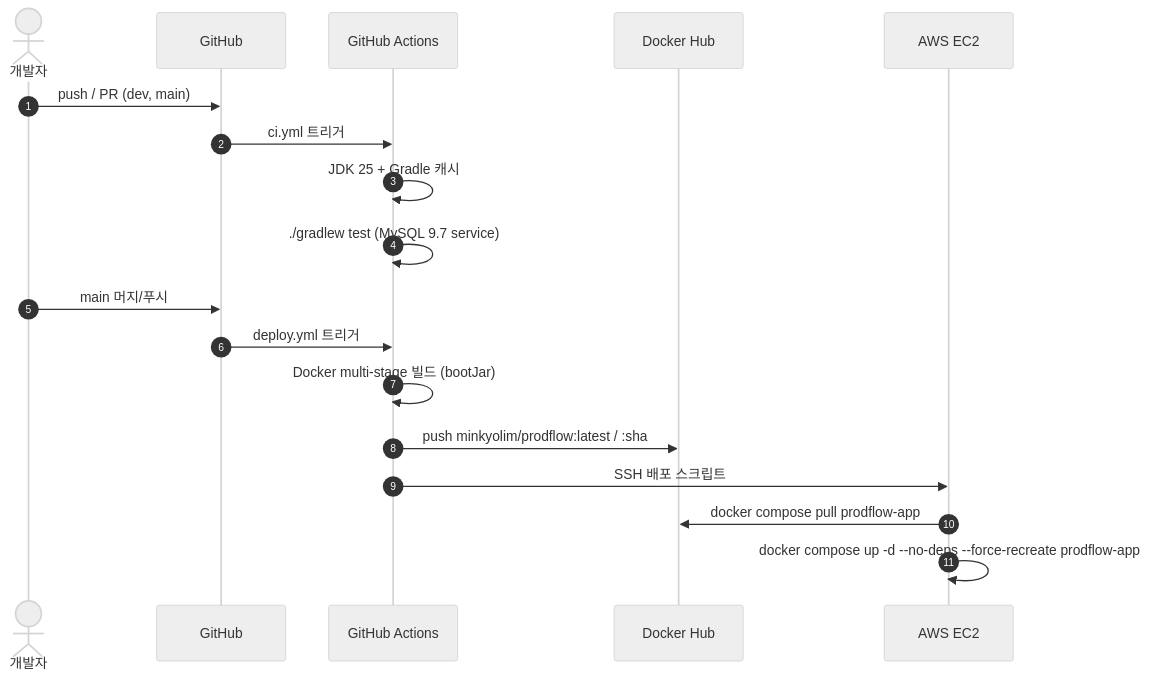
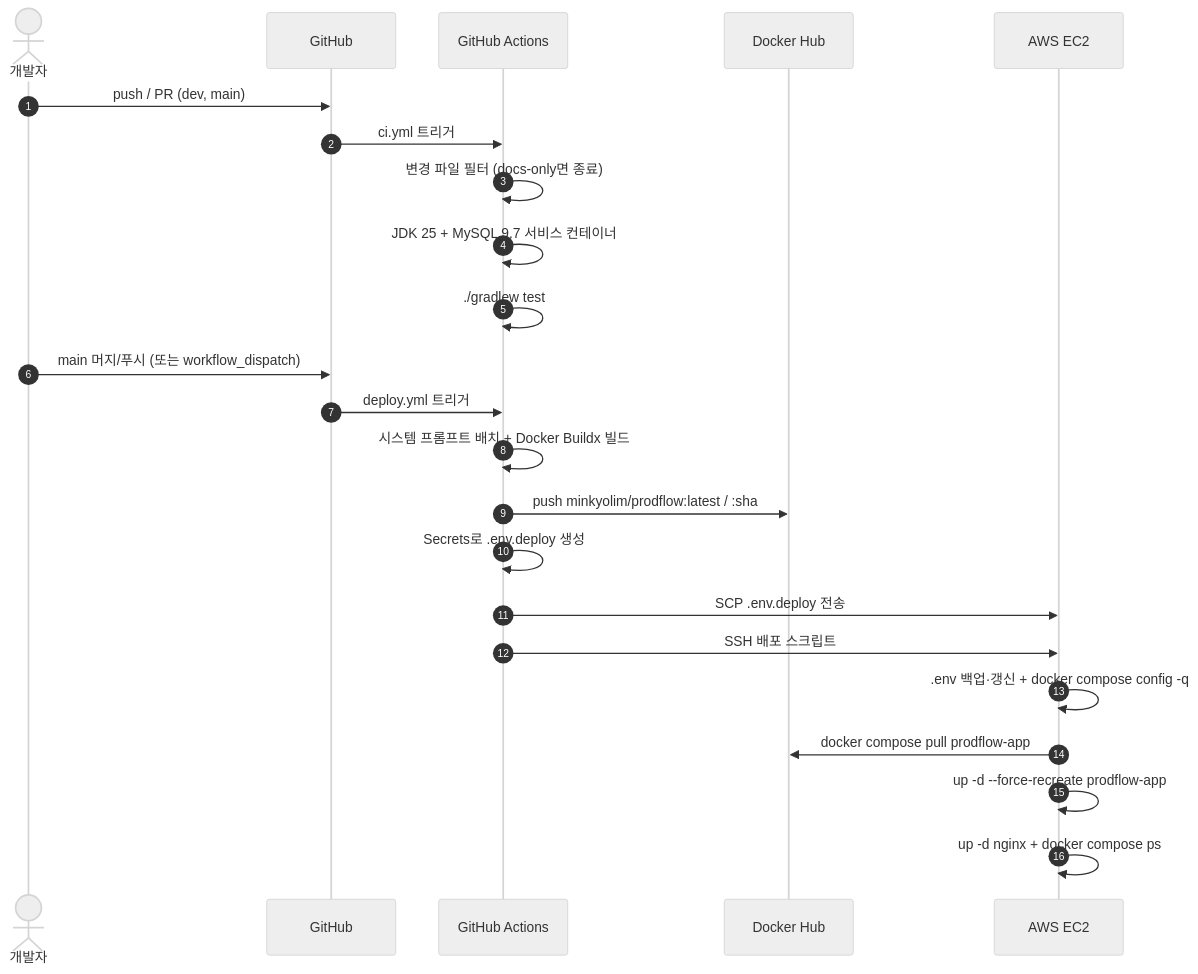
The second of 7 diagrams in docs/02_design/01_architecture.md (likelion-backend-25th/PRODFLOW), drawn with Mermaid (neutral theme) before and after one commit. The commit also changed other lines of this file, not shown here.

````diff
--- a/docs/02_design/01_architecture.md
+++ b/docs/02_design/01_architecture.md
@@ -113,22 +144,25 @@
 ```mermaid
 sequenceDiagram
     autonumber
     actor Dev as 개발자
     participant GH as GitHub
     participant Action as GitHub Actions
     participant Hub as Docker Hub
     participant EC2 as AWS EC2
-
-    Dev->>GH: push / PR (dev, main)
-    GH->>Action: ci.yml 트리거
-    Action->>Action: JDK 25 + Gradle 캐시
-    Action->>Action: ./gradlew test (MySQL 9.7 service)
-
-    Dev->>GH: main 머지/푸시
-    GH->>Action: deploy.yml 트리거
-    Action->>Action: Docker multi-stage 빌드 (bootJar)
-    Action->>Hub: push minkyolim/prodflow:latest / :sha
-    Action->>EC2: SSH 배포 스크립트
-    EC2->>Hub: docker compose pull prodflow-app
-    EC2->>EC2: docker compose up -d --no-deps --force-recreate prodflow-app
+    Dev ->> GH: push / PR (dev, main)
+    GH ->> Action: ci.yml 트리거
+    Action ->> Action: 변경 파일 필터 (docs-only면 종료)
+    Action ->> Action: JDK 25 + MySQL 9.7 서비스 컨테이너
+    Action ->> Action: ./gradlew test
+    Dev ->> GH: main 머지/푸시 (또는 workflow_dispatch)
+    GH ->> Action: deploy.yml 트리거
+    Action ->> Action: 시스템 프롬프트 배치 + Docker Buildx 빌드
+    Action ->> Hub: push minkyolim/prodflow:latest / :sha
+    Action ->> Action: Secrets로 .env.deploy 생성
+    Action ->> EC2: SCP .env.deploy 전송
+    Action ->> EC2: SSH 배포 스크립트
+    EC2 ->> EC2: .env 백업·갱신 + docker compose config -q
+    EC2 ->> Hub: docker compose pull prodflow-app
+    EC2 ->> EC2: up -d --force-recreate prodflow-app
+    EC2 ->> EC2: up -d nginx + docker compose ps
 ```
````
